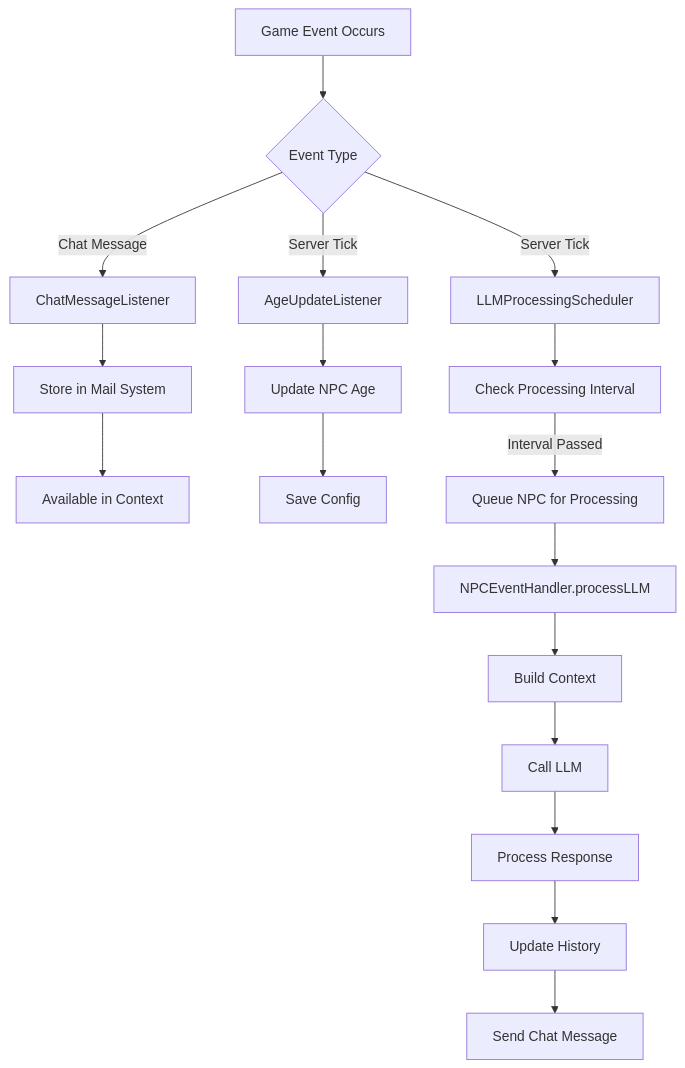
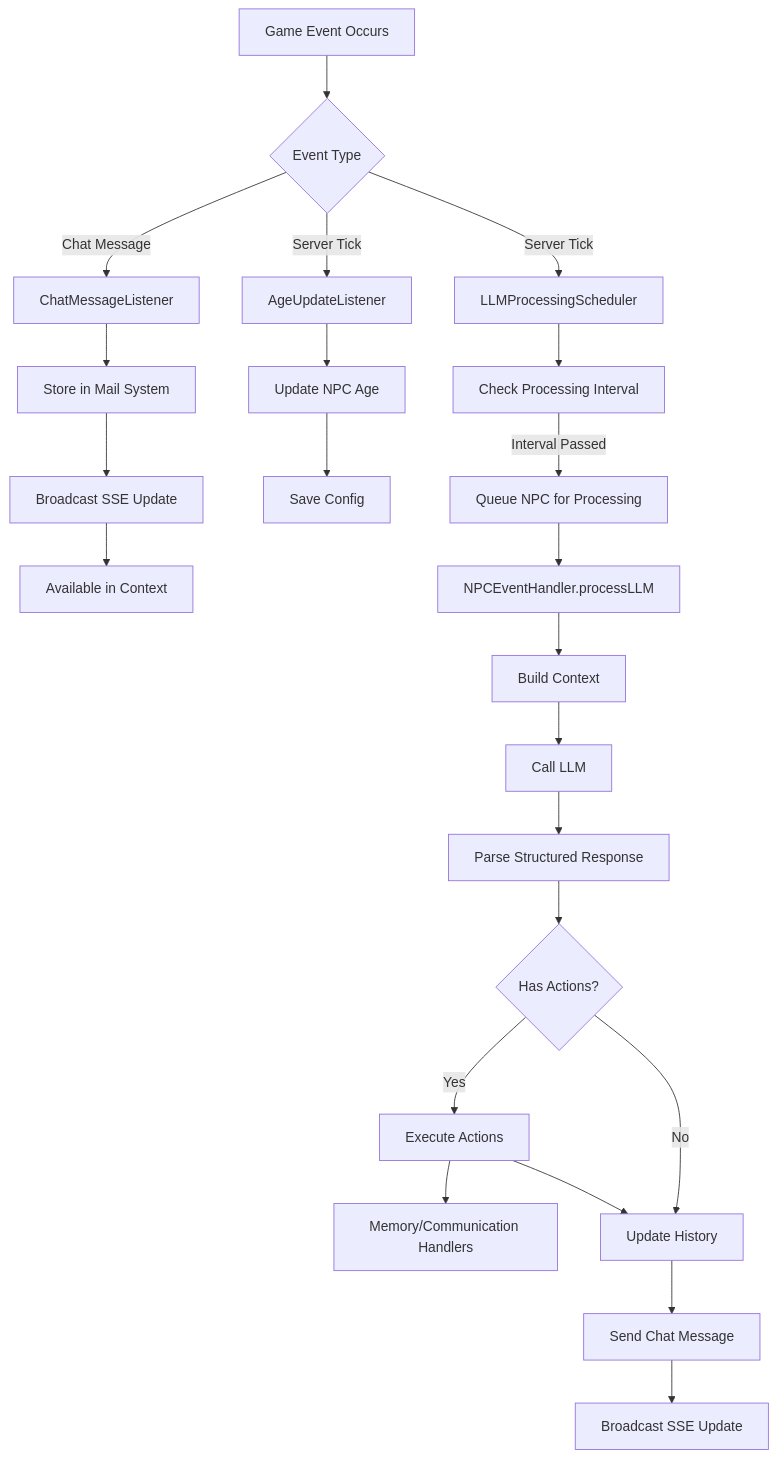
Before and after one commit to prskid1000/CraftAgent: the ninth of 9 diagrams in README.md, drawn with Mermaid. The commit also changed other lines of this file and 8 other files, not shown here.

````diff
--- a/README.md
+++ b/README.md
@@ -472,22 +518,28 @@
 ```mermaid
 graph TD
     A[Game Event Occurs] --> B{Event Type}
     B -->|Chat Message| C[ChatMessageListener]
     B -->|Server Tick| D[AgeUpdateListener]
     B -->|Server Tick| E[LLMProcessingScheduler]
     
     C --> F[Store in Mail System]
-    F --> G[Available in Context]
+    F --> G[Broadcast SSE Update]
+    G --> H[Available in Context]
     
-    D --> H[Update NPC Age]
-    H --> I[Save Config]
+    D --> I[Update NPC Age]
+    I --> J[Save Config]
     
-    E --> J[Check Processing Interval]
-    J -->|Interval Passed| K[Queue NPC for Processing]
-    K --> L[NPCEventHandler.processLLM]
-    L --> M[Build Context]
-    M --> N[Call LLM]
-    N --> O[Process Response]
-    O --> P[Update History]
-    P --> Q[Send Chat Message]
+    E --> K[Check Processing Interval]
+    K -->|Interval Passed| L[Queue NPC for Processing]
+    L --> M[NPCEventHandler.processLLM]
+    M --> N[Build Context]
+    N --> O[Call LLM]
+    O --> P[Parse Structured Response]
+    P --> Q{Has Actions?}
+    Q -->|Yes| R[Execute Actions]
+    R --> S[Memory/Communication Handlers]
+    Q -->|No| T[Update History]
+    R --> T
+    T --> U[Send Chat Message]
+    U --> V[Broadcast SSE Update]
 ```
````
